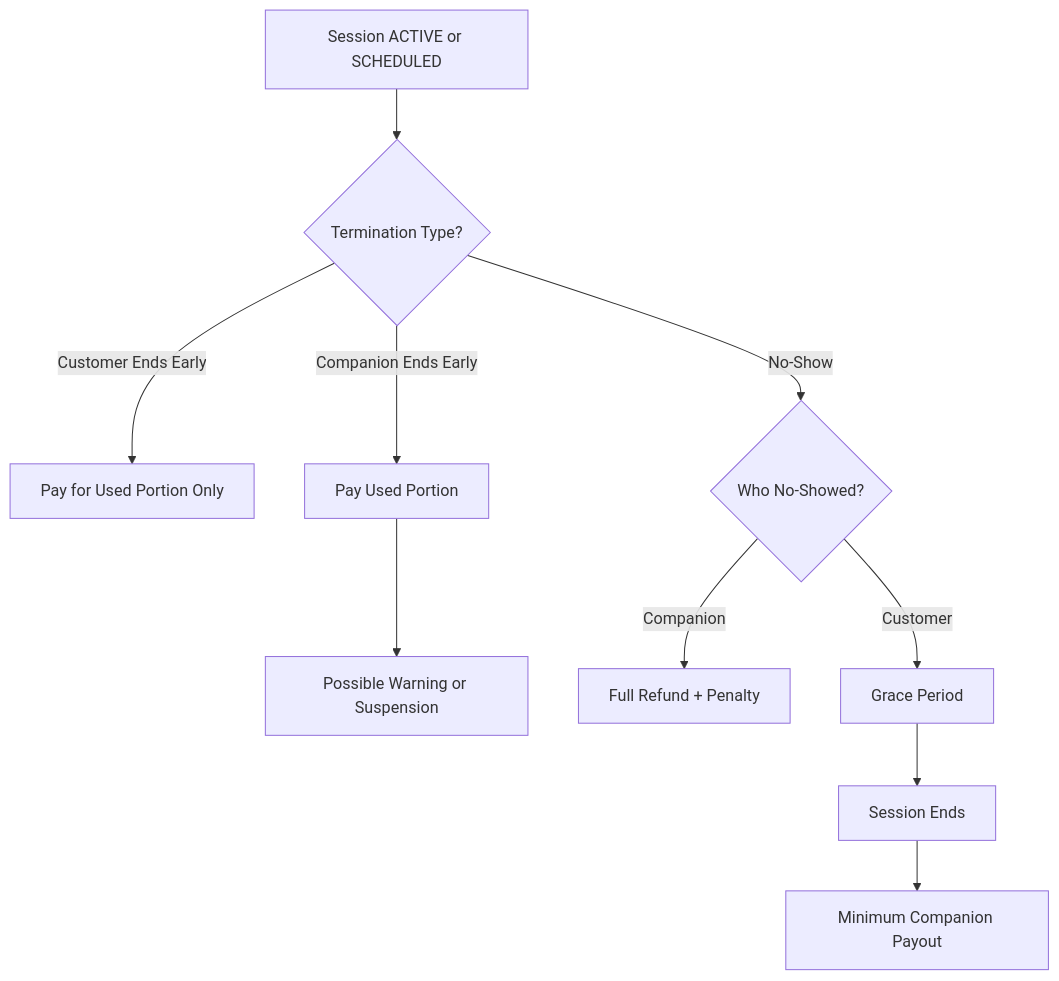
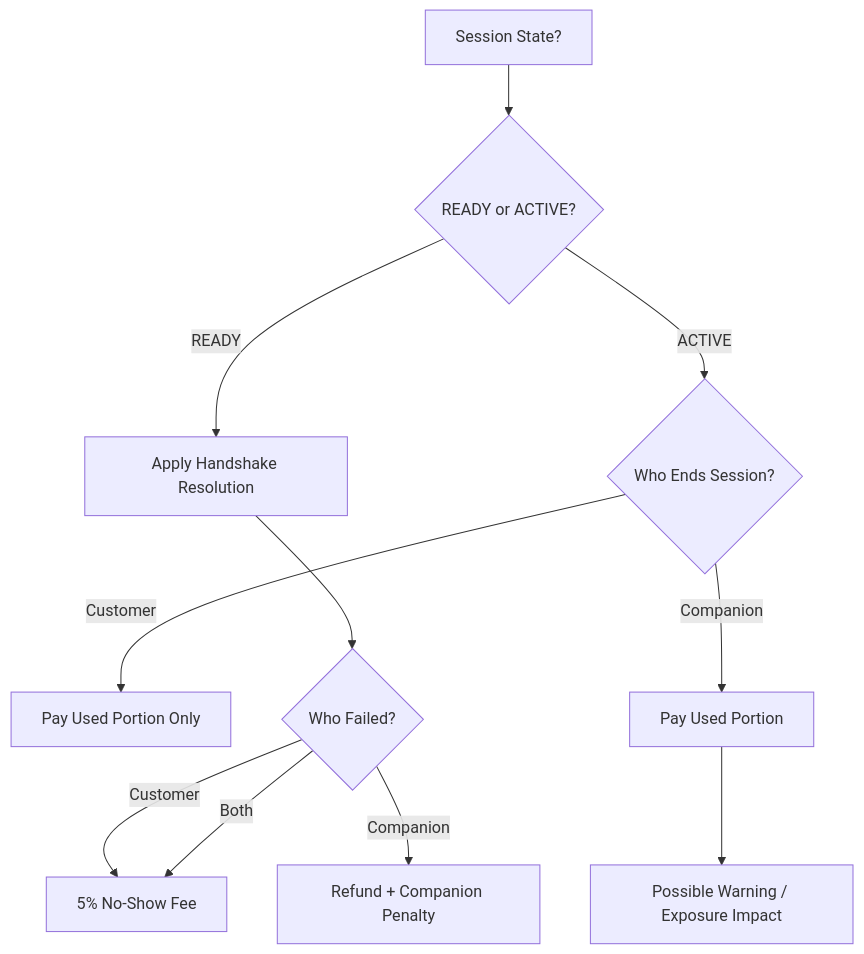
The diagram in companion-section-docs/10-companion-early-termination.md.md (mehdi-ben-abdessalem/X-platform-docs), drawn with Mermaid before and after one commit. The commit also changed other lines of this file and 9 other files, not shown here.

````diff
--- a/companion-section-docs/10-companion-early-termination.md.md
+++ b/companion-section-docs/10-companion-early-termination.md.md
@@ -44,17 +130,20 @@
 ```mermaid
 flowchart TD
-    A["Session ACTIVE or SCHEDULED"] --> B{"Termination Type?"}
 
-    B -->|Customer Ends Early| C["Pay for Used Portion Only"]
+A["Session State?"] --> B{"READY or ACTIVE?"}
 
-    B -->|Companion Ends Early| D["Pay Used Portion"]
-    D --> E["Possible Warning or Suspension"]
+B -->|READY| C["Apply Handshake Resolution"]
 
-    B -->|No-Show| F{"Who No-Showed?"}
+B -->|ACTIVE| D{"Who Ends Session?"}
 
-    F -->|Companion| G["Full Refund + Penalty"]
+D -->|Customer| E["Pay Used Portion Only"]
 
-    F -->|Customer| H["Grace Period"]
-    H --> I["Session Ends"]
-    I --> J["Minimum Companion Payout"]
+D -->|Companion| F["Pay Used Portion"]
+F --> G["Possible Warning / Exposure Impact"]
+
+C --> H{"Who Failed?"}
+
+H -->|Customer| I["5% No-Show Fee"]
+H -->|Companion| J["Refund + Companion Penalty"]
+H -->|Both| I
 ```
````
